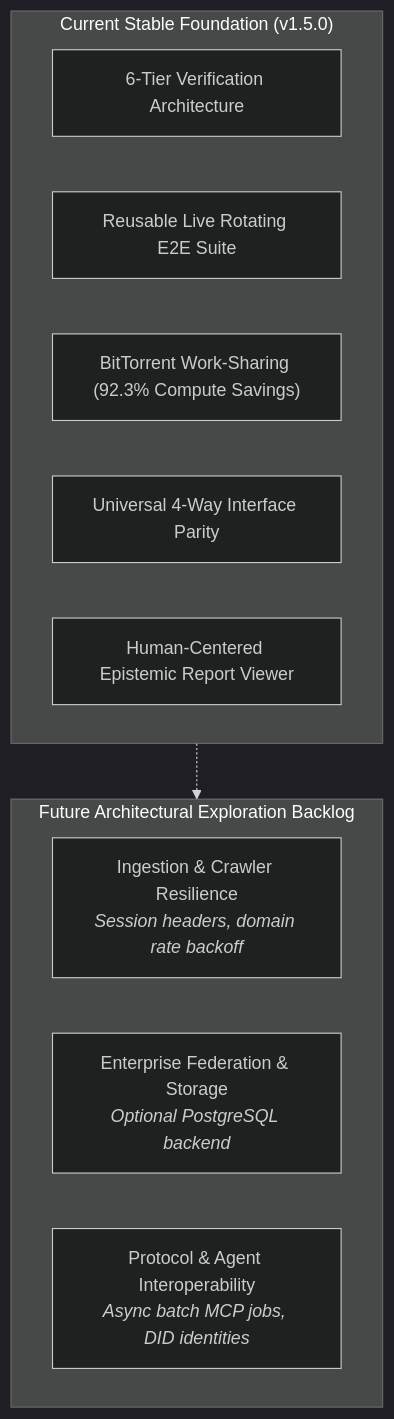
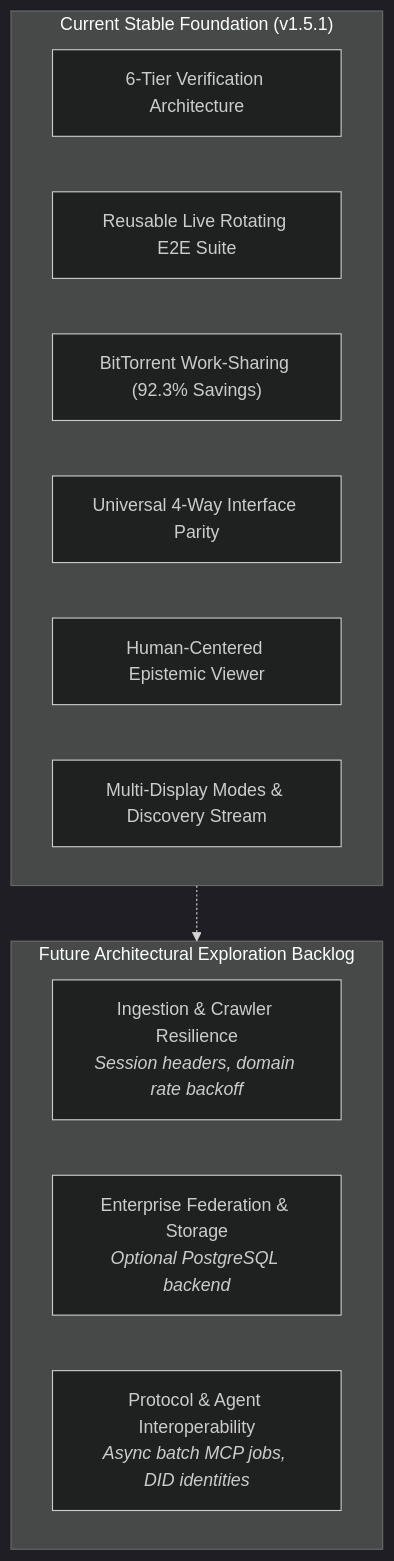
One commit to artibyrd/credence-docs changed the diagram in docs/roadmap.md. Above: the diagram before and after it, drawn with Mermaid (dark theme). The commit also changed 3 other files, not shown here.

Commit message:
feat(report): stacked export layout, categorical audit discovery, and multi-display machine ingestion (v1.5.1)

````diff
--- a/docs/roadmap.md
+++ b/docs/roadmap.md
@@ -15,18 +15,19 @@
 ```mermaid
 flowchart TD
-    subgraph CoreEngine ["Current Stable Foundation (v1.5.0)"]
+    subgraph CoreEngine ["Current Stable Foundation (v1.5.1)"]
         S1["6-Tier Verification Architecture"]
         S2["Reusable Live Rotating E2E Suite"]
-        S3["BitTorrent Work-Sharing (92.3% Compute Savings)"]
+        S3["BitTorrent Work-Sharing (92.3% Savings)"]
         S4["Universal 4-Way Interface Parity"]
-        S5["Human-Centered Epistemic Report Viewer"]
+        S5["Human-Centered Epistemic Viewer"]
+        S6["Multi-Display Modes & Discovery Stream"]
     end
 
     subgraph Backlog ["Future Architectural Exploration Backlog"]
         B1["Ingestion & Crawler Resilience<br/><i>Session headers, domain rate backoff</i>"]
         B2["Enterprise Federation & Storage<br/><i>Optional PostgreSQL backend</i>"]
         B3["Protocol & Agent Interoperability<br/><i>Async batch MCP jobs, DID identities</i>"]
     end
 
     CoreEngine -.-> Backlog
 ```
````
